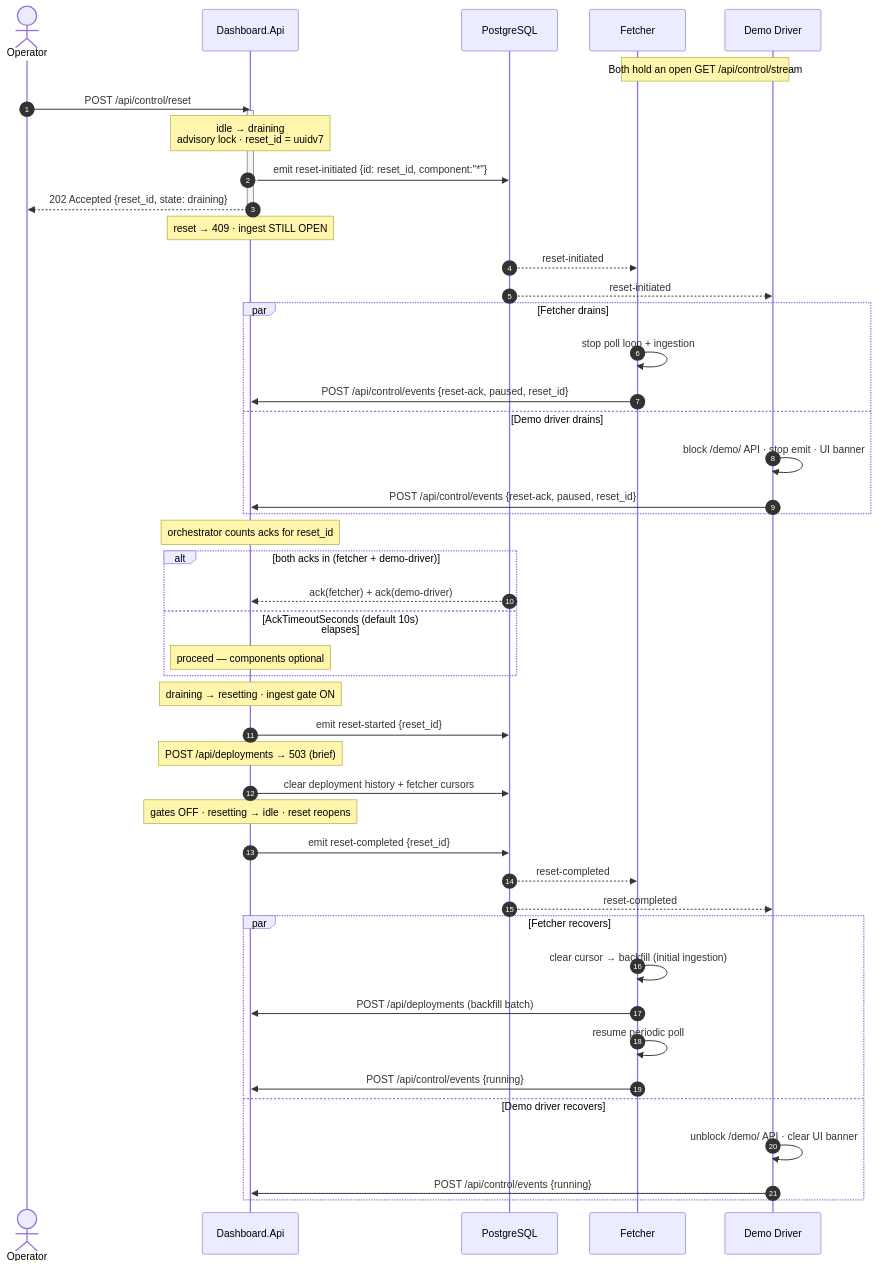
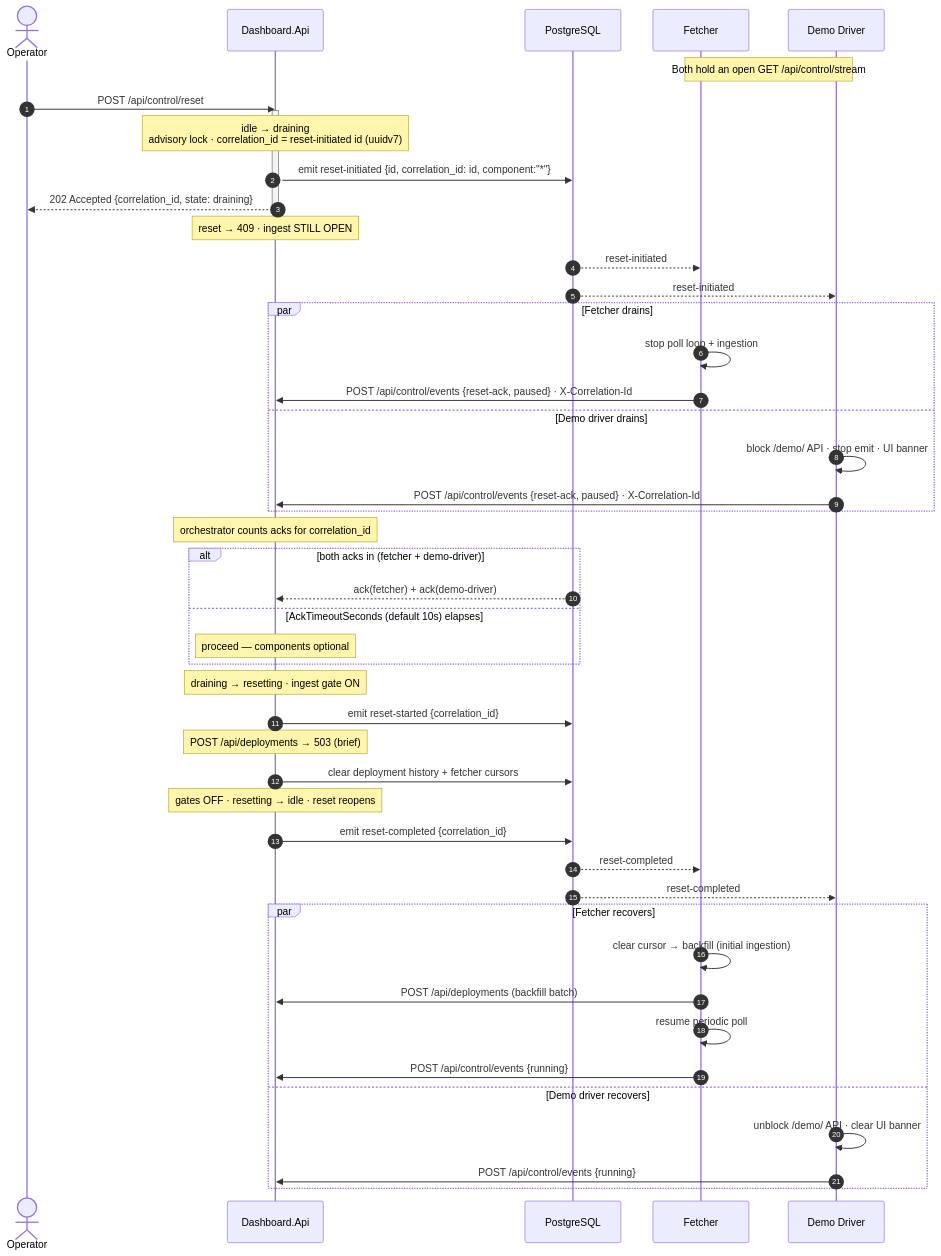
Before and after one commit to kostiantyn-matsebora/deployment-dashboard: the first of 2 diagrams in docs/diagrams/reset-choreography.md, drawn with Mermaid. The commit also changed other lines of this file and 5 other files, not shown here.

First line of the commit message:
docs(#265): universal correlation_id contract — retire reset_id

````diff
--- a/docs/diagrams/reset-choreography.md
+++ b/docs/diagrams/reset-choreography.md
@@ -19,57 +21,57 @@
 ```mermaid
 sequenceDiagram
     autonumber
     actor Op as Operator
     participant API as Dashboard.Api
     participant DB as PostgreSQL
     participant F as Fetcher
     participant D as Demo Driver
 
     Note over F,D: Both hold an open GET /api/control/stream
 
     Op->>API: POST /api/control/reset
     activate API
-    Note over API: idle → draining<br/>advisory lock · reset_id = uuidv7
-    API->>DB: emit reset-initiated {id: reset_id, component:"*"}
-    API-->>Op: 202 Accepted {reset_id, state: draining}
+    Note over API: idle → draining<br/>advisory lock · correlation_id = reset-initiated id (uuidv7)
+    API->>DB: emit reset-initiated {id, correlation_id: id, component:"*"}
+    API-->>Op: 202 Accepted {correlation_id, state: draining}
     deactivate API
     Note over API: reset → 409 · ingest STILL OPEN
 
     DB-->>F: reset-initiated
     DB-->>D: reset-initiated
 
     par Fetcher drains
         F->>F: stop poll loop + ingestion
-        F->>API: POST /api/control/events {reset-ack, paused, reset_id}
+        F->>API: POST /api/control/events {reset-ack, paused} · X-Correlation-Id
     and Demo driver drains
         D->>D: block /demo/ API · stop emit · UI banner
-        D->>API: POST /api/control/events {reset-ack, paused, reset_id}
+        D->>API: POST /api/control/events {reset-ack, paused} · X-Correlation-Id
     end
 
-    Note over API: orchestrator counts acks for reset_id
+    Note over API: orchestrator counts acks for correlation_id
     alt both acks in (fetcher + demo-driver)
         DB-->>API: ack(fetcher) + ack(demo-driver)
     else AckTimeoutSeconds (default 10s) elapses
         Note over API: proceed — components optional
     end
 
     Note over API: draining → resetting · ingest gate ON
-    API->>DB: emit reset-started {reset_id}
+    API->>DB: emit reset-started {correlation_id}
     Note over API: POST /api/deployments → 503 (brief)
     API->>DB: clear deployment history + fetcher cursors
     Note over API: gates OFF · resetting → idle · reset reopens
-    API->>DB: emit reset-completed {reset_id}
+    API->>DB: emit reset-completed {correlation_id}
 
     DB-->>F: reset-completed
     DB-->>D: reset-completed
 
     par Fetcher recovers
         F->>F: clear cursor → backfill (initial ingestion)
         F->>API: POST /api/deployments (backfill batch)
         F->>F: resume periodic poll
         F->>API: POST /api/control/events {running}
     and Demo driver recovers
         D->>D: unblock /demo/ API · clear UI banner
         D->>API: POST /api/control/events {running}
     end
 ```
````
